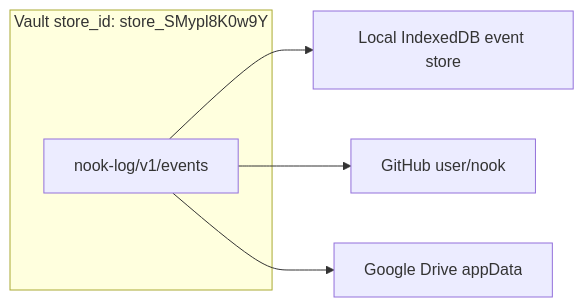
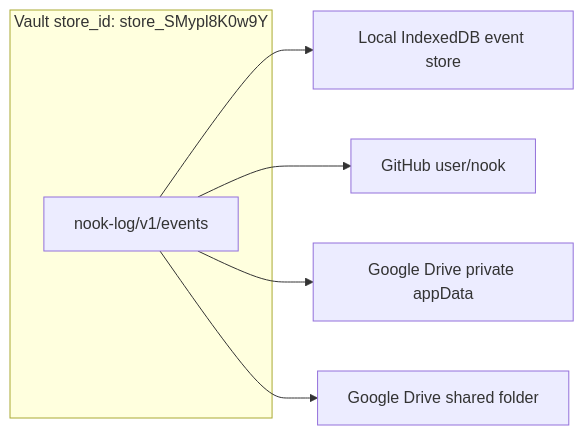
The diagram in .cortex/design-docs/secret-store-identity.md (meta-secret/nook), drawn with Mermaid before and after one commit. The commit also changed 26 other files, not shown here.

Commit message:
Add shared Google Drive provider mode

````diff
--- a/.cortex/design-docs/secret-store-identity.md
+++ b/.cortex/design-docs/secret-store-identity.md
@@ -71,9 +71,10 @@
 ```mermaid
 flowchart LR
   subgraph store["Vault store_id: store_SMypl8K0w9Y"]
     E[nook-log/v1/events]
   end
   E --> L[Local IndexedDB event store]
   E --> G[GitHub user/nook]
-  E --> D[Google Drive appData]
+  E --> D[Google Drive private appData]
+  E --> S[Google Drive shared folder]
 ```
````
